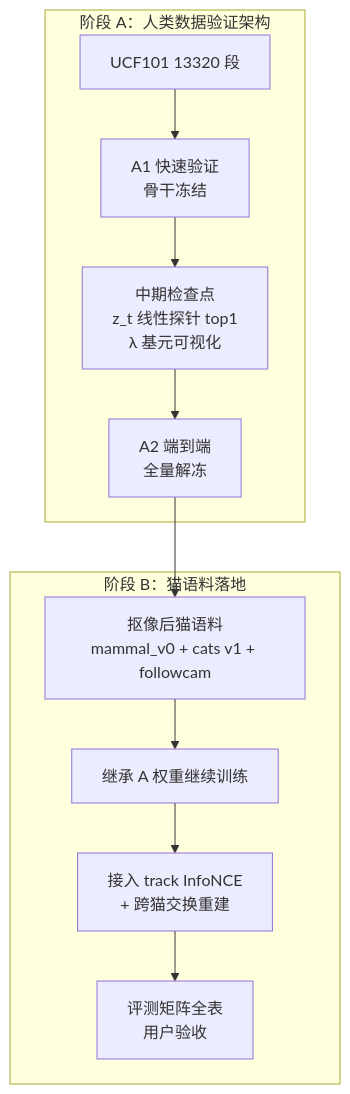
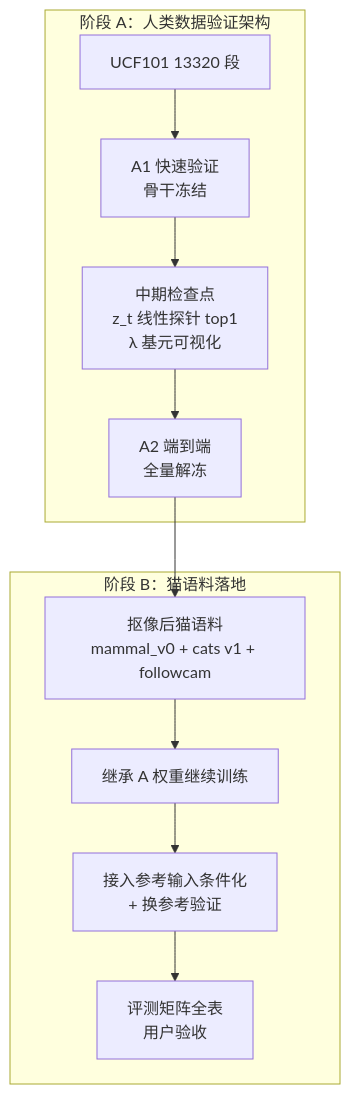
Before and after one commit to gongshangzheng/pet-action-recognition: the second of 2 diagrams in management/docs/identity-tokenizer.md, drawn with Mermaid. The commit also changed other lines of this file and 7 other files, not shown here.

First line of the commit message:
design(identity): 身份改为参考输入（默认设定）；InfoNCE 移出主监督；选型状态约定

````diff
--- a/management/docs/identity-tokenizer.md
+++ b/management/docs/identity-tokenizer.md
@@ -221,16 +263,16 @@
 ```mermaid
 flowchart TD
     subgraph PA["阶段 A：人类数据验证架构"]
         A1[UCF101 13320 段] --> A2[A1 快速验证<br/>骨干冻结]
         A2 --> A3["中期检查点<br/>z_t 线性探针 top1<br/>λ 基元可视化"]
         A3 --> A4[A2 端到端<br/>全量解冻]
     end
 
     subgraph PB["阶段 B：猫语料落地"]
         B1[抠像后猫语料<br/>mammal_v0 + cats v1 + followcam] --> B2[继承 A 权重继续训练]
-        B2 --> B3[接入 track InfoNCE<br/>+ 跨猫交换重建]
+        B2 --> B3["接入参考输入条件化<br/>+ 换参考验证"]
         B3 --> B4[评测矩阵全表<br/>用户验收]
     end
 
     A4 --> B1
 ```
````
